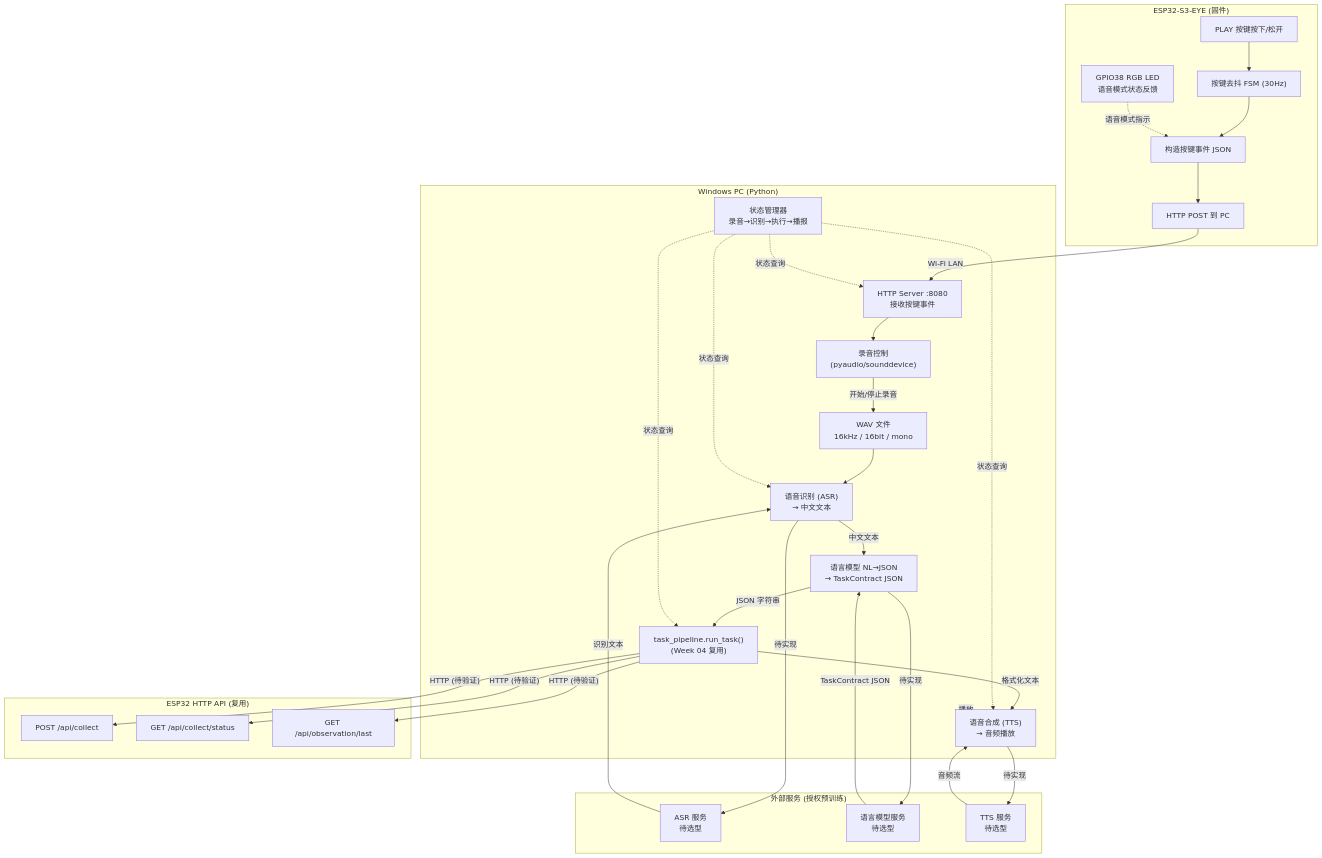
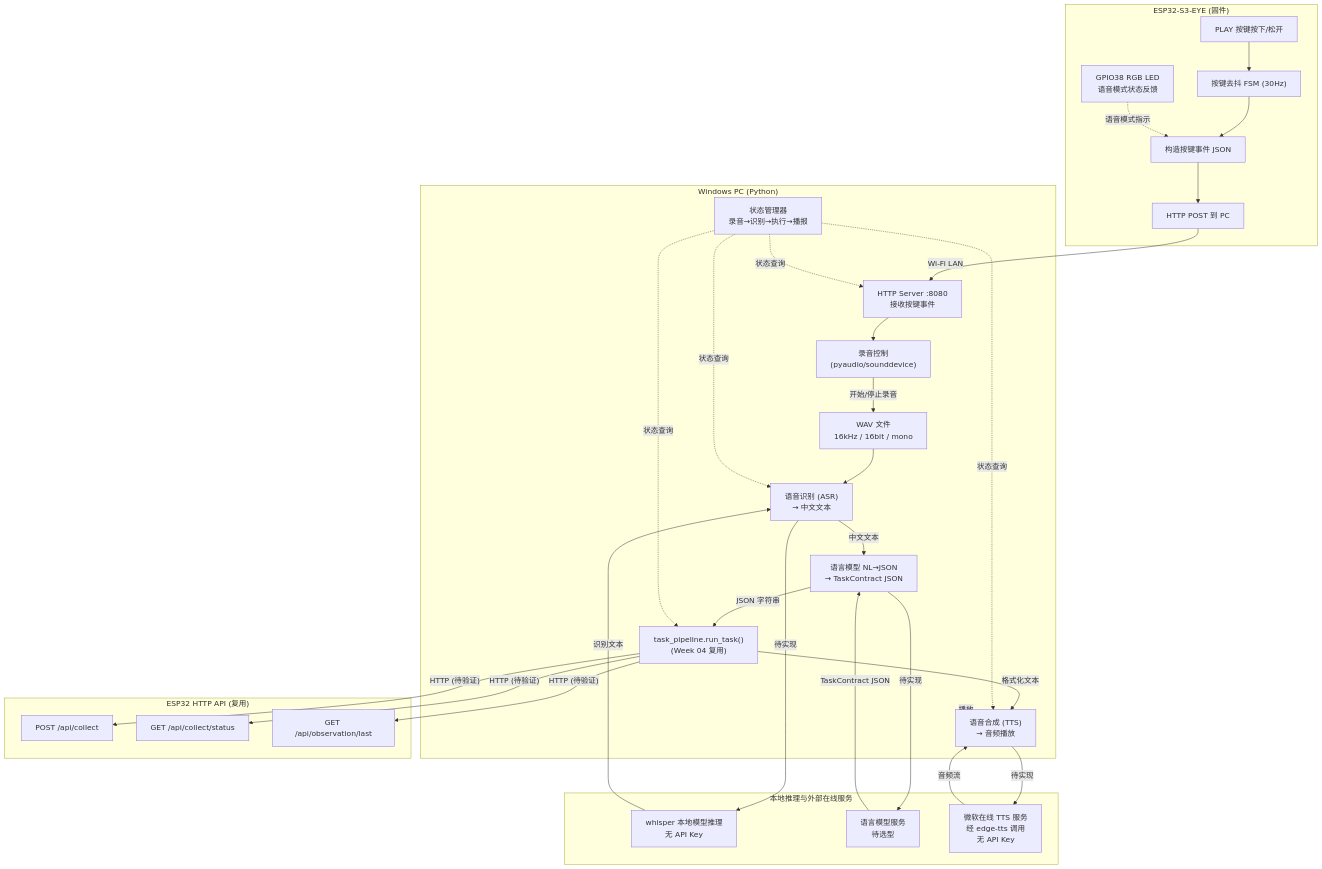
The first of 2 diagrams in weeks/week05/ARCHITECTURE.md (Qin-hyan/AIinteraction), drawn with Mermaid before and after one commit. The commit also changed other lines of this file and 1 other file, not shown here.

First line of the commit message:
docs(week05): correct Whisper ASR and edge-tts TTS service facts

````diff
--- a/weeks/week05/ARCHITECTURE.md
+++ b/weeks/week05/ARCHITECTURE.md
@@ -30,60 +30,60 @@
 ```mermaid
 flowchart TD
     subgraph ESP32["ESP32-S3-EYE (固件)"]
         BTN["PLAY 按键按下/松开"]
         BTN_FSM["按键去抖 FSM (30Hz)"]
         BTN_EVENT["构造按键事件 JSON"]
         HTTP_CLI["HTTP POST 到 PC"]
         LED["GPIO38 RGB LED<br/>语音模式状态反馈"]
     end
 
     subgraph PC_WIN["Windows PC (Python)"]
         HTTP_SRV["HTTP Server :8080<br/>接收按键事件"]
         REC_CTRL["录音控制<br/>(pyaudio/sounddevice)"]
         REC_FILE["WAV 文件<br/>16kHz / 16bit / mono"]
         ASR_ENGINE["语音识别 (ASR)<br/>→ 中文文本"]
         NL2TASK["语言模型 NL→JSON<br/>→ TaskContract JSON"]
         TASK_PIPE["task_pipeline.run_task()<br/>(Week 04 复用)"]
         TTS_ENGINE["语音合成 (TTS)<br/>→ 音频播放"]
         STATUS_MGR["状态管理器<br/>录音→识别→执行→播报"]
     end
 
-    subgraph EXT_SVC["外部服务 (授权预训练)"]
-        ASR_API["ASR 服务<br/>待选型"]
+    subgraph EXT_SVC["本地推理与外部在线服务"]
+        ASR_API["whisper 本地模型推理<br/>无 API Key"]
         LLM_API["语言模型服务<br/>待选型"]
-        TTS_API["TTS 服务<br/>待选型"]
+        TTS_API["微软在线 TTS 服务<br/>经 edge-tts 调用<br/>无 API Key"]
     end
 
     subgraph ESP32_API["ESP32 HTTP API (复用)"]
         API_COLLECT["POST /api/collect"]
         API_STATUS["GET /api/collect/status"]
         API_LAST["GET /api/observation/last"]
     end
 
     BTN --> BTN_FSM
     BTN_FSM --> BTN_EVENT
     BTN_EVENT --> HTTP_CLI
     HTTP_CLI -->|"Wi-Fi LAN"| HTTP_SRV
     HTTP_SRV --> REC_CTRL
     REC_CTRL -->|"开始/停止录音"| REC_FILE
     REC_FILE --> ASR_ENGINE
     ASR_ENGINE -->|"待实现"| ASR_API
     ASR_API -->|"识别文本"| ASR_ENGINE
     ASR_ENGINE -->|"中文文本"| NL2TASK
     NL2TASK -->|"待实现"| LLM_API
     LLM_API -->|"TaskContract JSON"| NL2TASK
     NL2TASK -->|"JSON 字符串"| TASK_PIPE
     TASK_PIPE -->|"HTTP (待验证)"| API_COLLECT
     TASK_PIPE -->|"HTTP (待验证)"| API_STATUS
     TASK_PIPE -->|"HTTP (待验证)"| API_LAST
     TASK_PIPE -->|"格式化文本"| TTS_ENGINE
     TTS_ENGINE -->|"待实现"| TTS_API
     TTS_API -->|"音频流"| TTS_ENGINE
     TTS_ENGINE -->|"播放"| PC_WIN
 
     STATUS_MGR -.->|"状态查询"| HTTP_SRV
     STATUS_MGR -.->|"状态查询"| ASR_ENGINE
     STATUS_MGR -.->|"状态查询"| TASK_PIPE
     STATUS_MGR -.->|"状态查询"| TTS_ENGINE
     LED -.->|"语音模式指示"| BTN_EVENT
 ```
````
